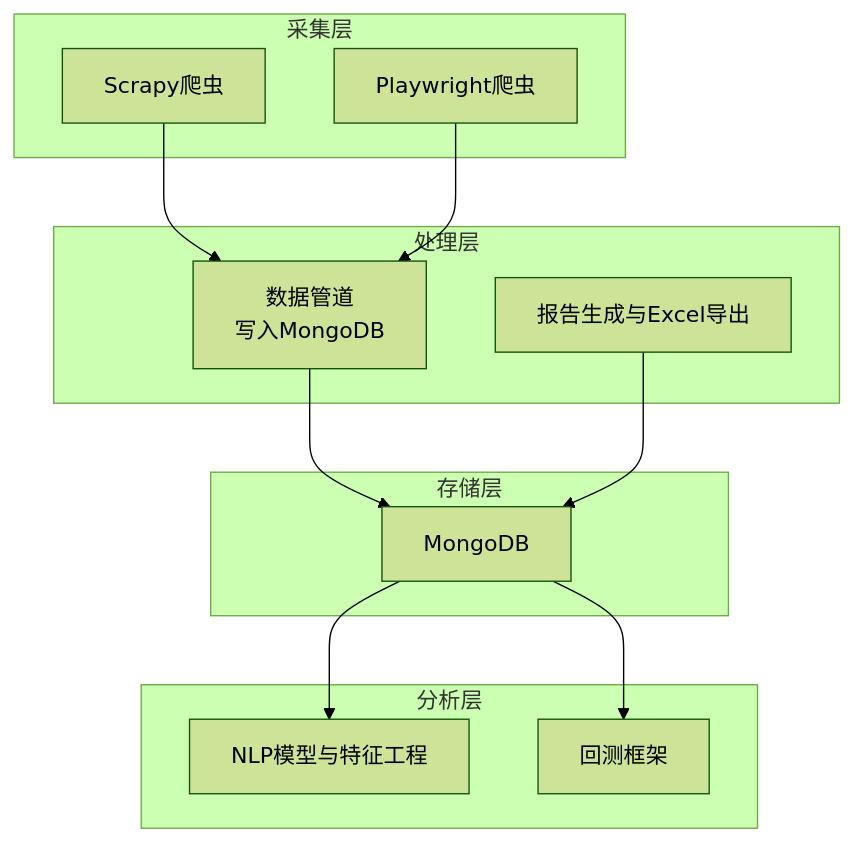
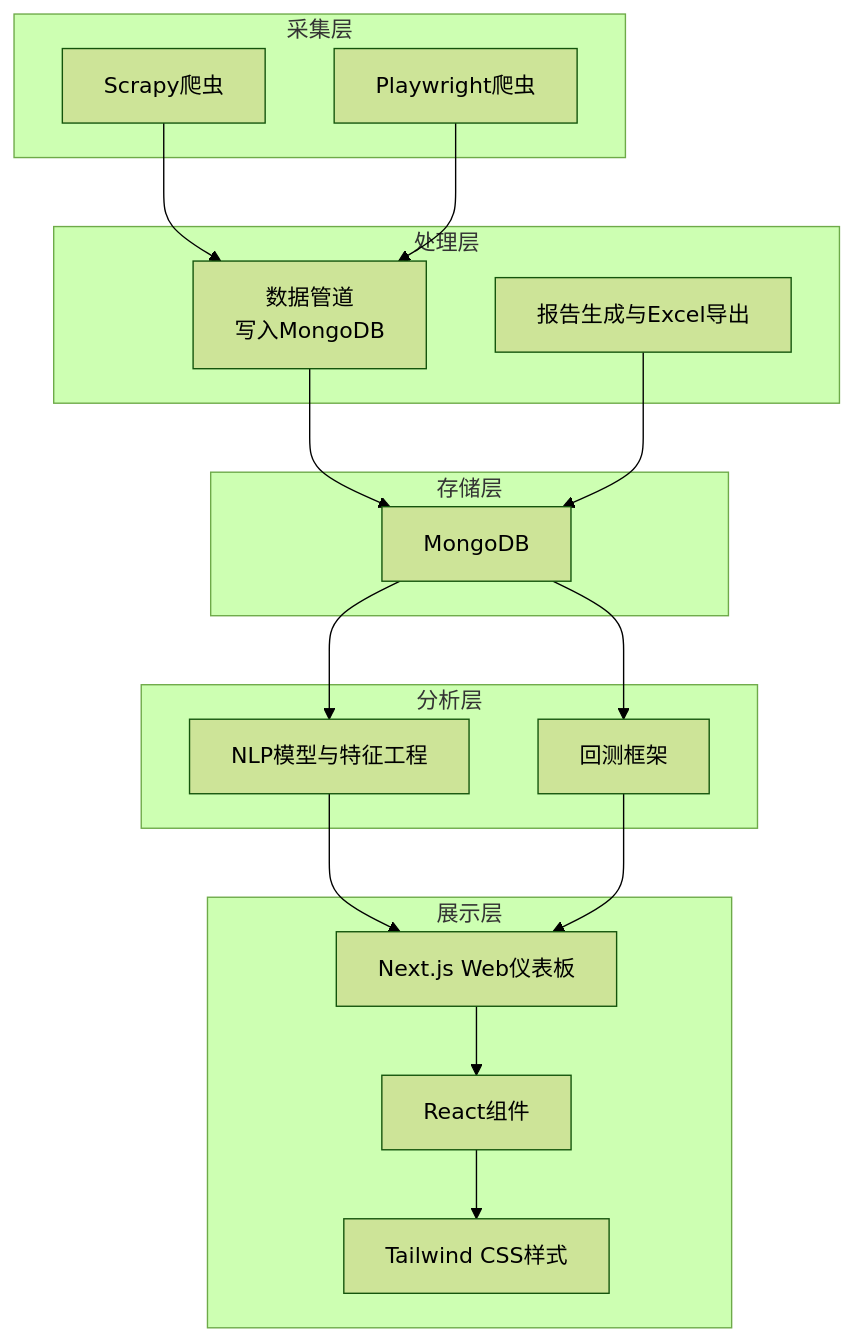
The second of 10 diagrams in .qoder/repowiki/zh/content/开发指南/开发工具与环境配置.md (xuanyuansen/company-news-crawl-and-text-analysis), drawn with Mermaid (forest theme) before and after one commit. The commit also changed other lines of this file and 17 other files, not shown here.

````diff
--- a/.qoder/repowiki/zh/content/开发指南/开发工具与环境配置.md
+++ b/.qoder/repowiki/zh/content/开发指南/开发工具与环境配置.md
@@ -96,24 +127,33 @@
 ```mermaid
 graph TB
 subgraph "采集层"
 S1["Scrapy爬虫"]
 S2["Playwright爬虫"]
 end
 subgraph "处理层"
 P1["数据管道<br/>写入MongoDB"]
 P2["报告生成与Excel导出"]
 end
 subgraph "存储层"
 DB["MongoDB"]
 end
 subgraph "分析层"
 A1["NLP模型与特征工程"]
 A2["回测框架"]
 end
+subgraph "展示层"
+F1["Next.js Web仪表板"]
+F2["React组件"]
+F3["Tailwind CSS样式"]
+end
 S1 --> P1
 S2 --> P1
 P1 --> DB
 P2 --> DB
 DB --> A1
 DB --> A2
+A1 --> F1
+A2 --> F1
+F1 --> F2
+F2 --> F3
 ```
````
